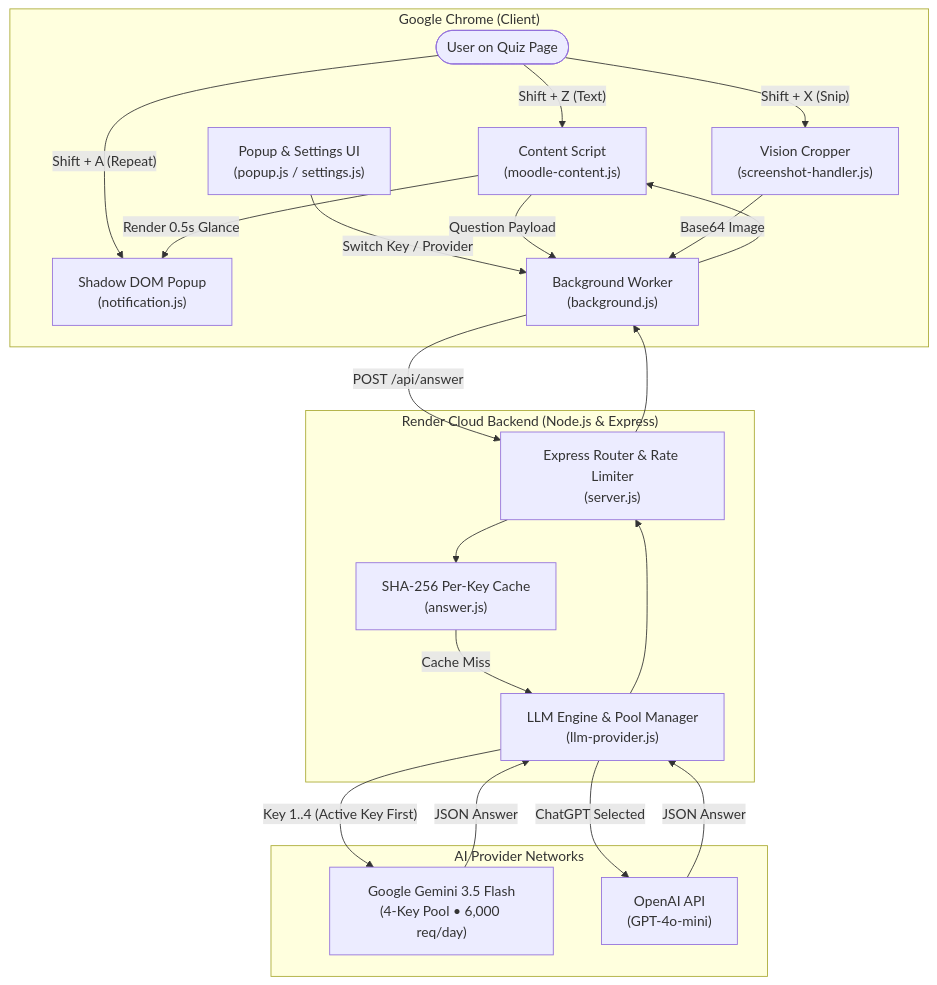
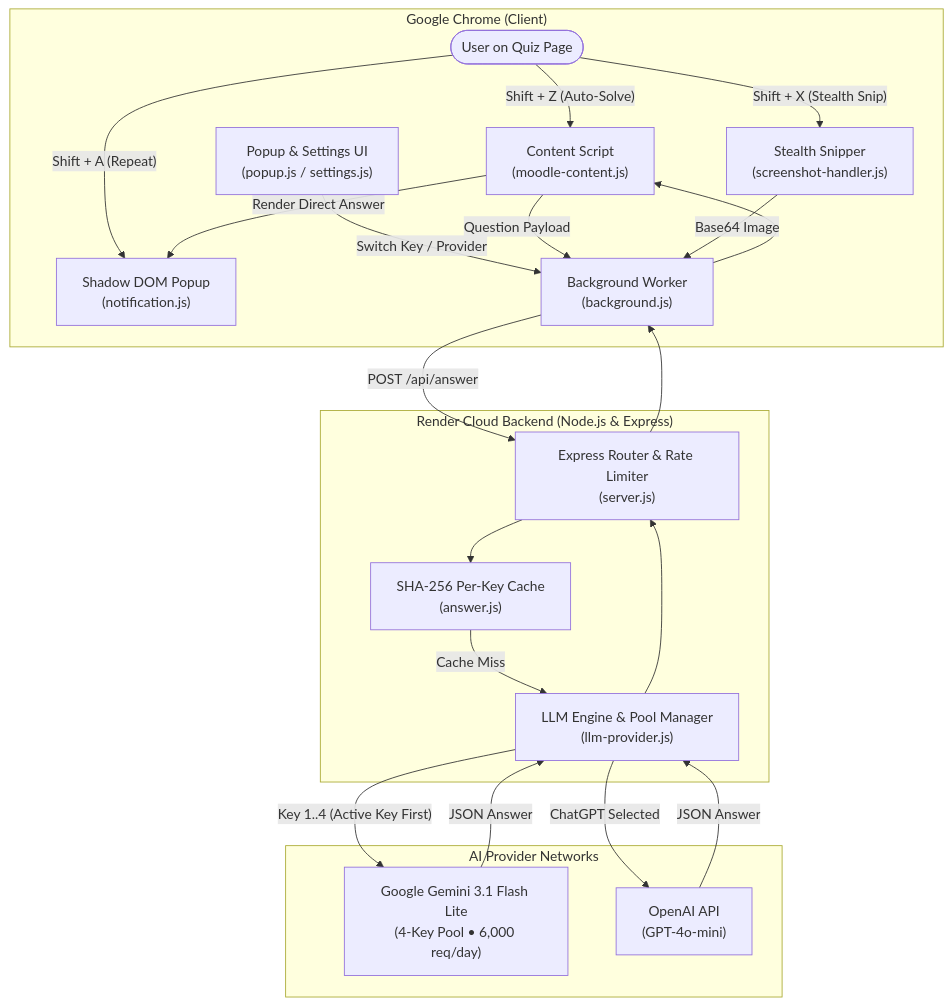
The first of 2 diagrams in README.md (swapnil-exxe/Extension), drawn with Mermaid before and after one commit. The commit also changed other lines of this file, not shown here.

````diff
--- a/README.md
+++ b/README.md
@@ -11,43 +11,43 @@
 ```mermaid
 flowchart TD
     subgraph Browser["Google Chrome (Client)"]
         User(["User on Quiz Page"])
         ContentScript["Content Script<br>(moodle-content.js)"]
         Notification["Shadow DOM Popup<br>(notification.js)"]
-        Snipper["Vision Cropper<br>(screenshot-handler.js)"]
+        Snipper["Stealth Snipper<br>(screenshot-handler.js)"]
         ServiceWorker["Background Worker<br>(background.js)"]
         PopupUI["Popup & Settings UI<br>(popup.js / settings.js)"]
     end
 
     subgraph Cloud["Render Cloud Backend (Node.js & Express)"]
         Router["Express Router & Rate Limiter<br>(server.js)"]
         Cache["SHA-256 Per-Key Cache<br>(answer.js)"]
         LLMEngine["LLM Engine & Pool Manager<br>(llm-provider.js)"]
     end
 
     subgraph AIProviders["AI Provider Networks"]
-        GeminiPool["Google Gemini 3.5 Flash<br>(4-Key Pool • 6,000 req/day)"]
+        GeminiPool["Google Gemini 3.1 Flash Lite<br>(4-Key Pool • 6,000 req/day)"]
         OpenAI["OpenAI API<br>(GPT-4o-mini)"]
     end
 
-    User -->|"Shift + Z (Text)"| ContentScript
-    User -->|"Shift + X (Snip)"| Snipper
+    User -->|"Shift + Z (Auto-Solve)"| ContentScript
+    User -->|"Shift + X (Stealth Snip)"| Snipper
     User -->|"Shift + A (Repeat)"| Notification
     PopupUI -->|"Switch Key / Provider"| ServiceWorker
 
     ContentScript -->|"Question Payload"| ServiceWorker
     Snipper -->|"Base64 Image"| ServiceWorker
     ServiceWorker -->|"POST /api/answer"| Router
 
     Router --> Cache
     Cache -->|"Cache Miss"| LLMEngine
     LLMEngine -->|"Key 1..4 (Active Key First)"| GeminiPool
     LLMEngine -->|"ChatGPT Selected"| OpenAI
     GeminiPool -->|"JSON Answer"| LLMEngine
     OpenAI -->|"JSON Answer"| LLMEngine
 
     LLMEngine --> Router
     Router --> ServiceWorker
     ServiceWorker --> ContentScript
-    ContentScript -->|"Render 0.5s Glance"| Notification
+    ContentScript -->|"Render Direct Answer"| Notification
 ```
````
